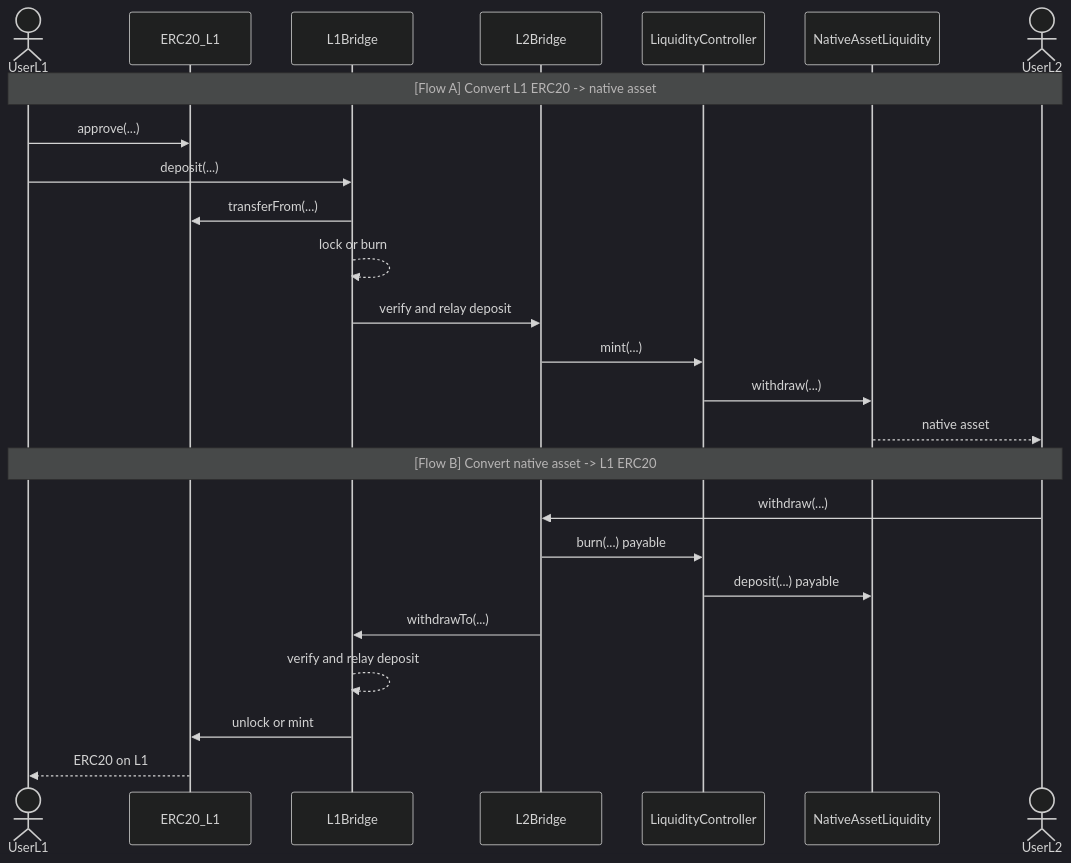
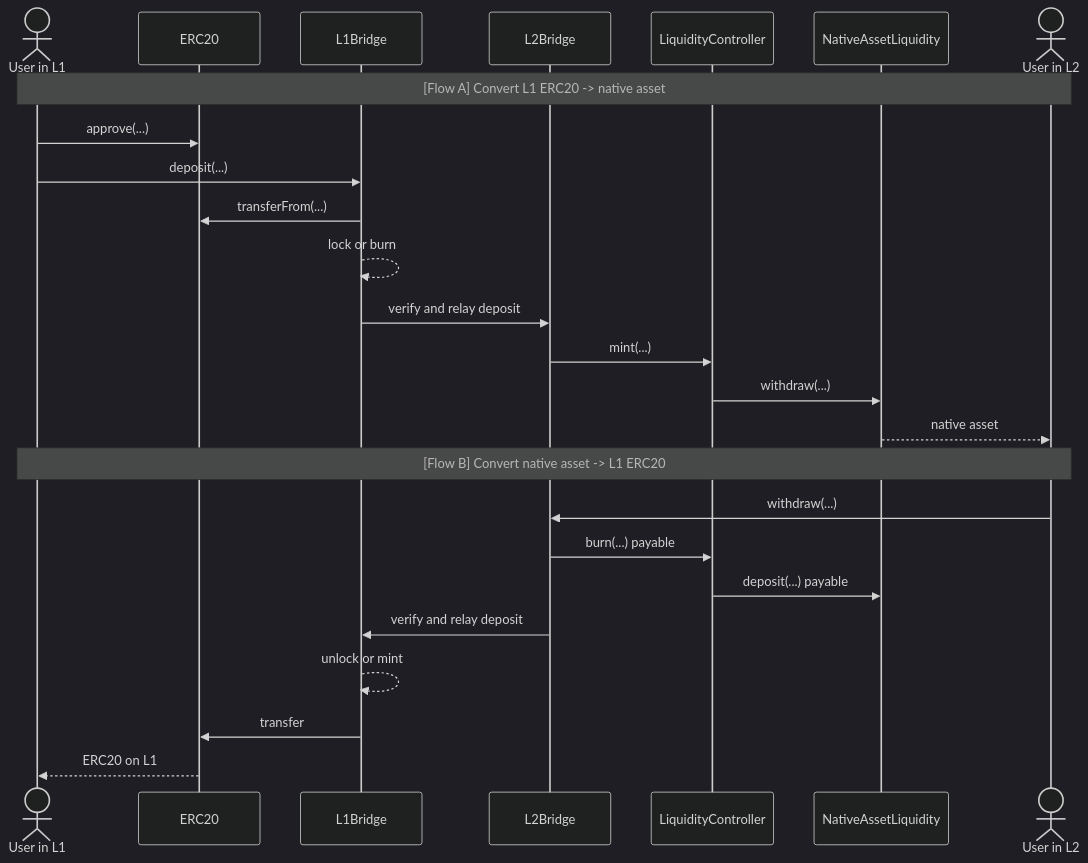
The seventh of 7 diagrams in protocol/custom-gas-token.md (ethereum-optimism/design-docs), drawn with Mermaid (dark theme) before and after one commit.

Commit message:
docs: fix mermaid

````diff
--- a/protocol/custom-gas-token.md
+++ b/protocol/custom-gas-token.md
@@ -423,30 +423,30 @@
 ```mermaid
 sequenceDiagram
-    actor U1 as UserL1
-    participant L1T as ERC20_L1
+    actor U1 as User in L1
+    participant L1T as ERC20
     participant BR as L1Bridge
     participant L2B as L2Bridge
     participant LC as LiquidityController
     participant NAL as NativeAssetLiquidity
-    actor U2 as UserL2
+    actor U2 as User in L2
 
     Note over U1,U2: [Flow A] Convert L1 ERC20 -> native asset
     U1->>L1T: approve(...)
     U1->>BR: deposit(...)
     BR->>L1T: transferFrom(...)
     BR-->>BR: lock or burn
     BR->>L2B: verify and relay deposit
     L2B->>LC: mint(...)
     LC->>NAL: withdraw(...)
     NAL-->>U2: native asset
 
     Note over U1,U2: [Flow B] Convert native asset -> L1 ERC20
     U2->>L2B: withdraw(...)
     L2B->>LC: burn(...) payable
     LC->>NAL: deposit(...) payable
-    L2B->>BR: withdrawTo(...)
-    BR-->>BR: verify and relay deposit
-    BR->>L1T: unlock or mint
+    L2B->>BR: verify and relay deposit
+    BR-->>BR: unlock or mint
+    BR->>L1T: transfer
     L1T-->>U1: ERC20 on L1
 
 ```
````
